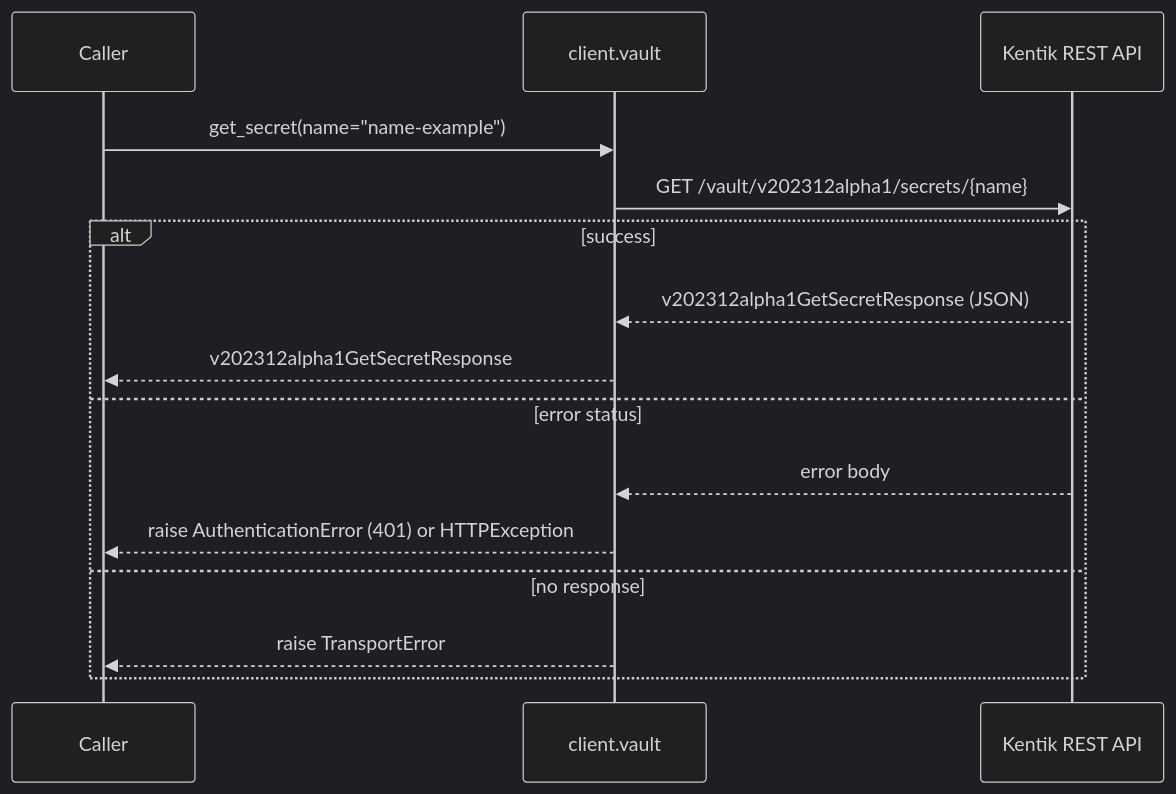
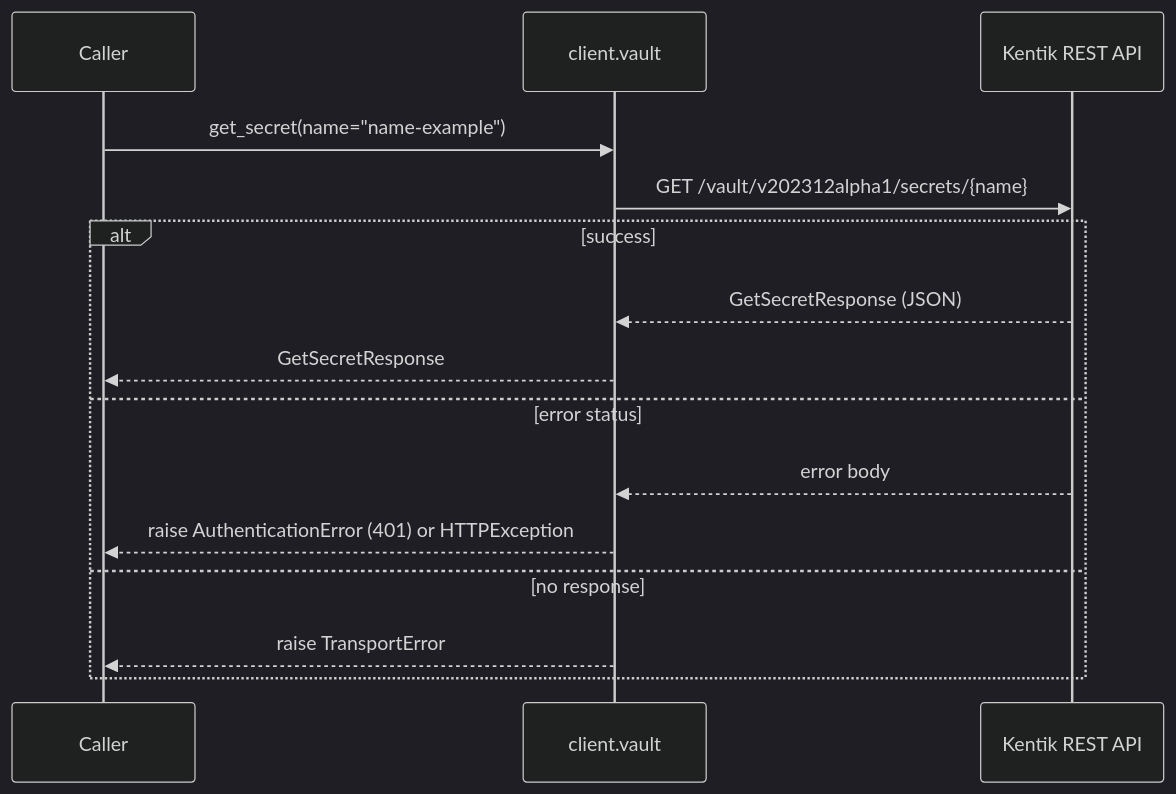
Before and after one commit to alexdearaujo/community_sdk_python: the fourth of 6 diagrams in docs/sphinx/services/vault.md, drawn with Mermaid (dark theme). The commit also changed other lines of this file and 38 other files, not shown here.

````diff
--- a/docs/sphinx/services/vault.md
+++ b/docs/sphinx/services/vault.md
@@ -114,18 +114,18 @@
 ```mermaid
 sequenceDiagram
     participant C as Caller
     participant W as client.vault
     participant API as Kentik REST API
 
     C->>W: get_secret(name="name-example")
     W->>API: GET /vault/v202312alpha1/secrets/{name}
     alt success
-        API-->>W: v202312alpha1GetSecretResponse (JSON)
-        W-->>C: v202312alpha1GetSecretResponse
+        API-->>W: GetSecretResponse (JSON)
+        W-->>C: GetSecretResponse
     else error status
         API-->>W: error body
         W-->>C: raise AuthenticationError (401) or HTTPException
     else no response
         W-->>C: raise TransportError
     end
 ```
````
